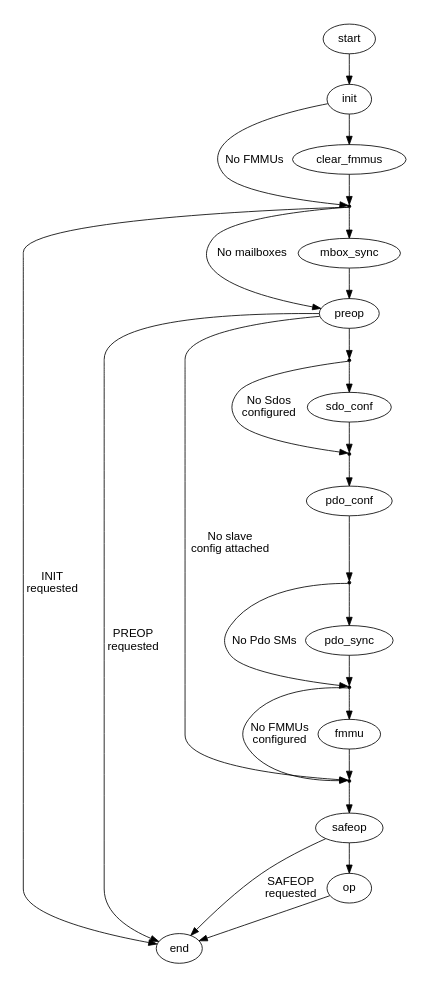
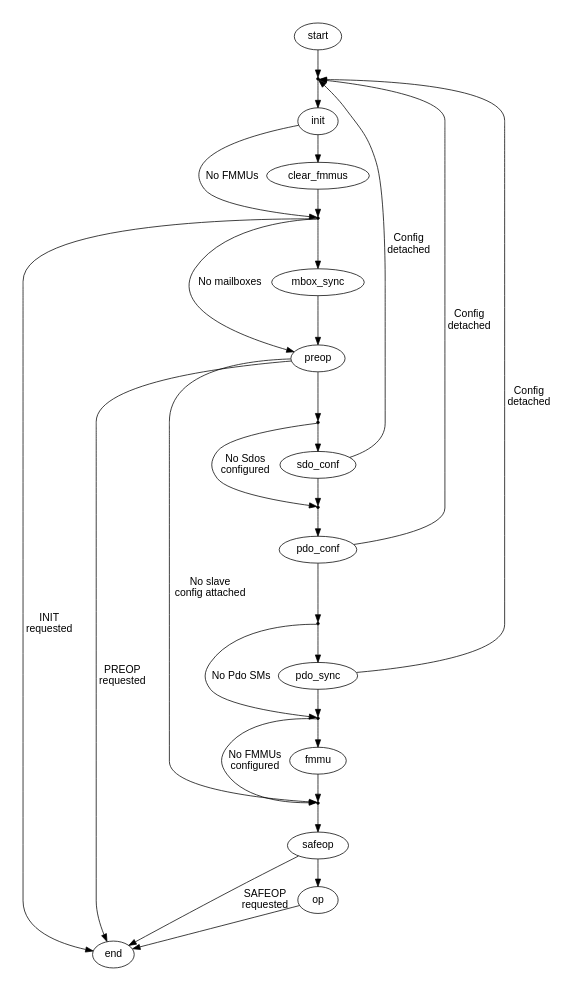
One commit to ribalda/ethercat changed the diagram in documentation/graphs/fsm_slave_conf.dot. Above: the diagram before and after it, drawn with Graphviz. The commit also changed 6 other files, not shown here.

```diff
--- a/documentation/graphs/fsm_slave_conf.dot
+++ b/documentation/graphs/fsm_slave_conf.dot
@@ -1,68 +1,74 @@
 
 /* $Id$ */
 
 digraph slaveconf {
     size="3,5"
 
     start [fontname="Helvetica"]
-    start -> init [weight=10]
+    start -> enter_init [weight=10]
+
+    enter_init [shape=point, label=""]
+    enter_init -> init [weight=10]
 
     init [fontname="Helvetica"]
     init -> enter_mbox_sync [fontname="Helvetica", label="No FMMUs"]
     init -> clear_fmmus [weight=10]
 
     clear_fmmus [fontname="Helvetica"]
     clear_fmmus -> enter_mbox_sync [weight=10]
 
     enter_mbox_sync [shape=point, label=""]
     enter_mbox_sync -> end [fontname="Helvetica", label="INIT\nrequested"]
     enter_mbox_sync -> preop [fontname="Helvetica", label="No mailboxes"]
     enter_mbox_sync -> mbox_sync [weight=10]
 
     mbox_sync [fontname="Helvetica"]
     mbox_sync -> preop [weight=10]
 
     preop [fontname="Helvetica"]
     preop -> end [fontname="Helvetica", label="PREOP\nrequested"]
     preop -> enter_safeop [fontname="Helvetica", label="No slave\nconfig attached"]
     preop -> enter_sdo_conf [weight=10]
 
     enter_sdo_conf [shape=point, label=""]
     enter_sdo_conf -> enter_pdo_conf [fontname="Helvetica", label="No Sdos\nconfigured"]
     enter_sdo_conf -> sdo_conf [weight=10]
 
     sdo_conf [fontname="Helvetica"]
+    sdo_conf -> enter_init [fontname="Helvetica", label="Config\ndetached"]
     sdo_conf -> enter_pdo_conf [weight=10]
 
     enter_pdo_conf [shape=point, label=""]
     enter_pdo_conf -> pdo_conf [weight=10]
 
     pdo_conf [fontname="Helvetica"]
+    pdo_conf -> enter_init [fontname="Helvetica", label="Config\ndetached"]
     pdo_conf -> enter_pdo_sync [weight=10]
 
     enter_pdo_sync [shape=point, label=""]
     enter_pdo_sync -> enter_fmmu [fontname="Helvetica", label="No Pdo SMs"]
     enter_pdo_sync -> pdo_sync [weight=10]
 
     pdo_sync [fontname="Helvetica"]
+    pdo_sync -> enter_init [fontname="Helvetica", label="Config\ndetached"]
     pdo_sync -> enter_fmmu [weight=10]
 
     enter_fmmu [shape=point,label=""]
     enter_fmmu -> enter_safeop [fontname="Helvetica", label="No FMMUs\nconfigured"]
     enter_fmmu -> fmmu [weight=10]
 
     fmmu [fontname="Helvetica"]
     fmmu -> enter_safeop [weight=10]
 
     enter_safeop [shape=point,label=""]
     enter_safeop -> safeop [weight=10]
 
     safeop [fontname="Helvetica"]
     safeop -> end [fontname="Helvetica", label="SAFEOP\nrequested"]
     safeop -> op [weight=10]
 
     op [fontname="Helvetica"]
     op -> end// [weight=10]
 
     end [fontname="Helvetica"]
 }
```
